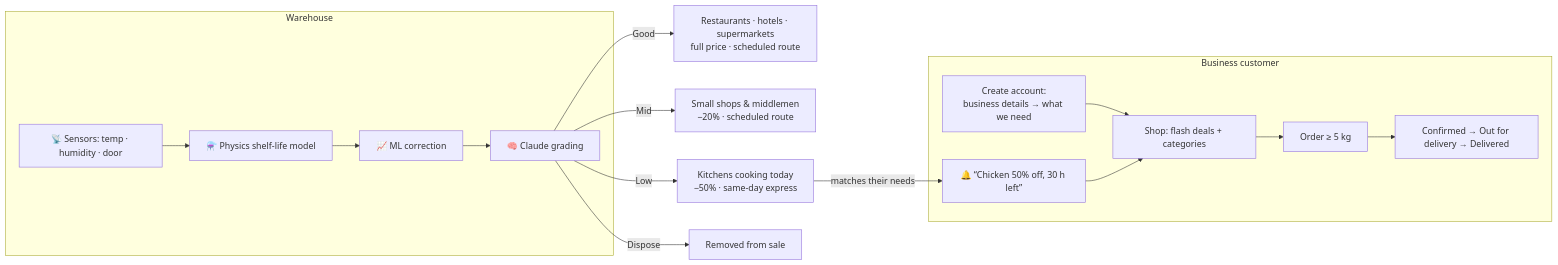
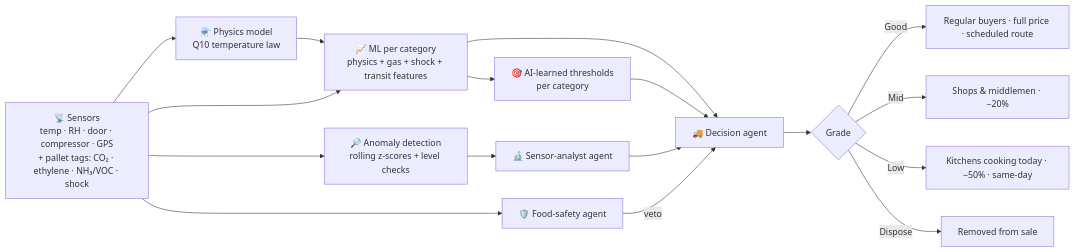
The diagram in README.md (saimanasrin/reboothackathon), drawn with Mermaid before and after one commit. The commit also changed other lines of this file and 7 other files, not shown here.

````diff
--- a/README.md
+++ b/README.md
@@ -123,18 +54,19 @@
 ```mermaid
 flowchart LR
-    subgraph Warehouse
-      S[📡 Sensors: temp · humidity · door] --> K[⚗️ Physics shelf-life model]
-      K --> M[📈 ML correction]
-      M --> L[🧠 Claude grading]
-    end
-    L -->|Good| G1[Restaurants · hotels · supermarkets<br/>full price · scheduled route]
-    L -->|Mid| G2[Small shops & middlemen<br/>−20% · scheduled route]
-    L -->|Low| G3[Kitchens cooking today<br/>−50% · same-day express]
-    L -->|Dispose| G4[Removed from sale]
-    G3 -->|matches their needs| N[🔔 “Chicken 50% off, 30 h left”]
-    subgraph Business customer
-      A[Create account:<br/>business details → what we need] --> B[Shop: flash deals + categories]
-      N --> B
-      B --> C[Order ≥ 5 kg] --> D[Confirmed → Out for delivery → Delivered]
-    end
+  S[📡 Sensors<br/>temp · RH · door · compressor · GPS<br/>+ pallet tags: CO₂ · ethylene · NH₃/VOC · shock] --> A[🔎 Anomaly detection<br/>rolling z-scores + level checks]
+  S --> P[⚗️ Physics model<br/>Q10 temperature law]
+  P --> ML[📈 ML per category<br/>physics + gas + shock + transit features]
+  S --> ML
+  ML --> T[🎯 AI-learned thresholds<br/>per category]
+  A --> AG1[🔬 Sensor-analyst agent]
+  ML --> AG3
+  T --> AG3[🚚 Decision agent]
+  S --> AG2[🛡️ Food-safety agent]
+  AG1 --> AG3
+  AG2 -->|veto| AG3
+  AG3 --> R{Grade}
+  R -->|Good| G1[Regular buyers · full price · scheduled route]
+  R -->|Mid| G2[Shops & middlemen · −20%]
+  R -->|Low| G3[Kitchens cooking today · −50% · same-day]
+  R -->|Dispose| G4[Removed from sale]
 ```
````
